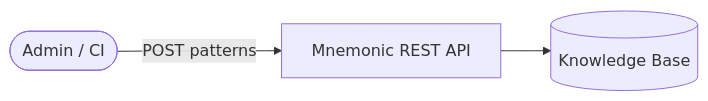
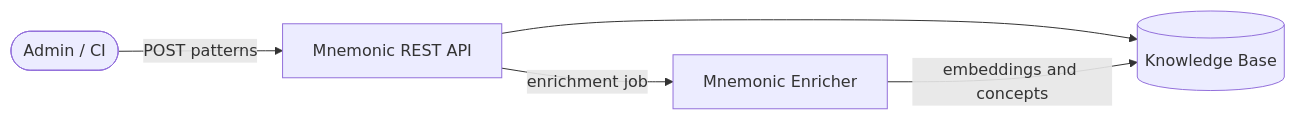
One commit to twistingmercury/mnemonic-docs changed the second of 3 diagrams in docs/concept.md. Above: the diagram before and after it, drawn with Mermaid. The commit also changed other lines of this file and 41 other files, not shown here.

````diff
--- a/docs/concept.md
+++ b/docs/concept.md
@@ -59,5 +60,7 @@
 ```mermaid
 graph LR
     Admin([Admin / CI]) -->|POST patterns| REST[Mnemonic REST API]
     REST --> KB[(Knowledge Base)]
+    REST -->|enrichment job| ENR[Mnemonic Enricher]
+    ENR -->|embeddings and concepts| KB
 ```
````
